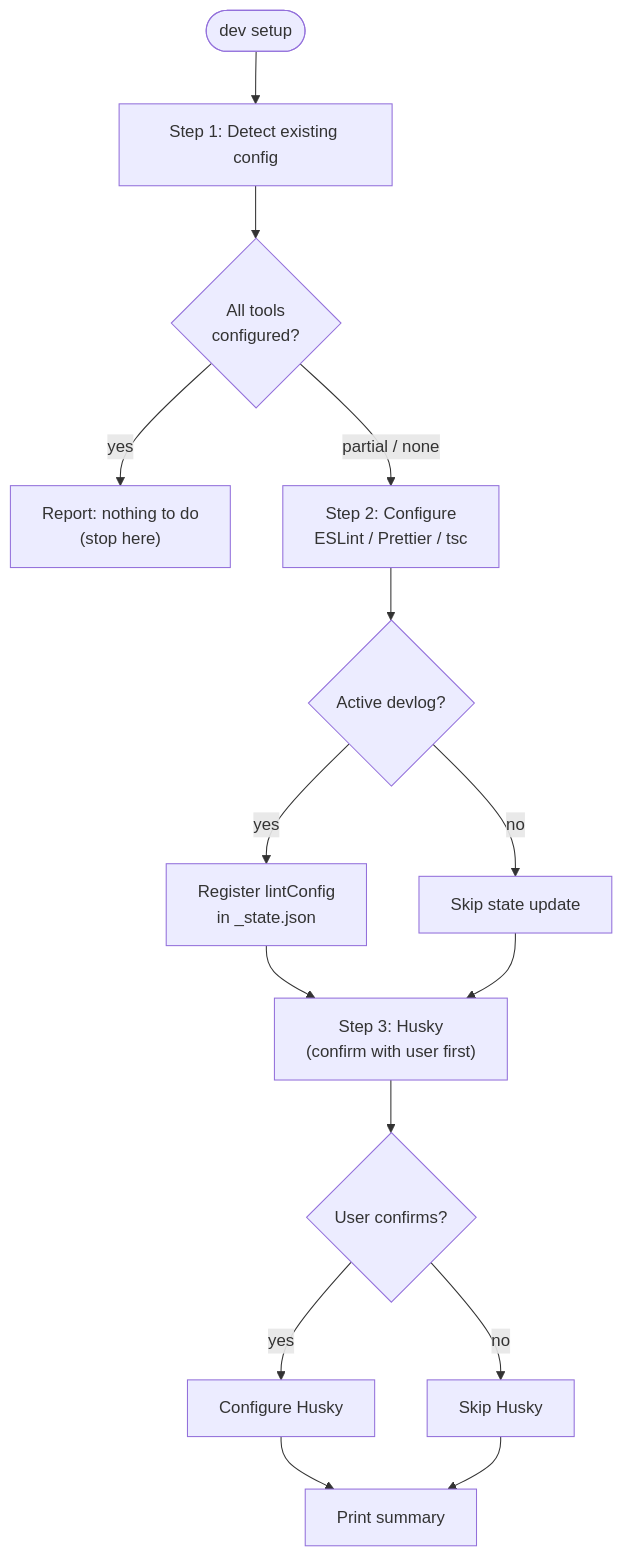
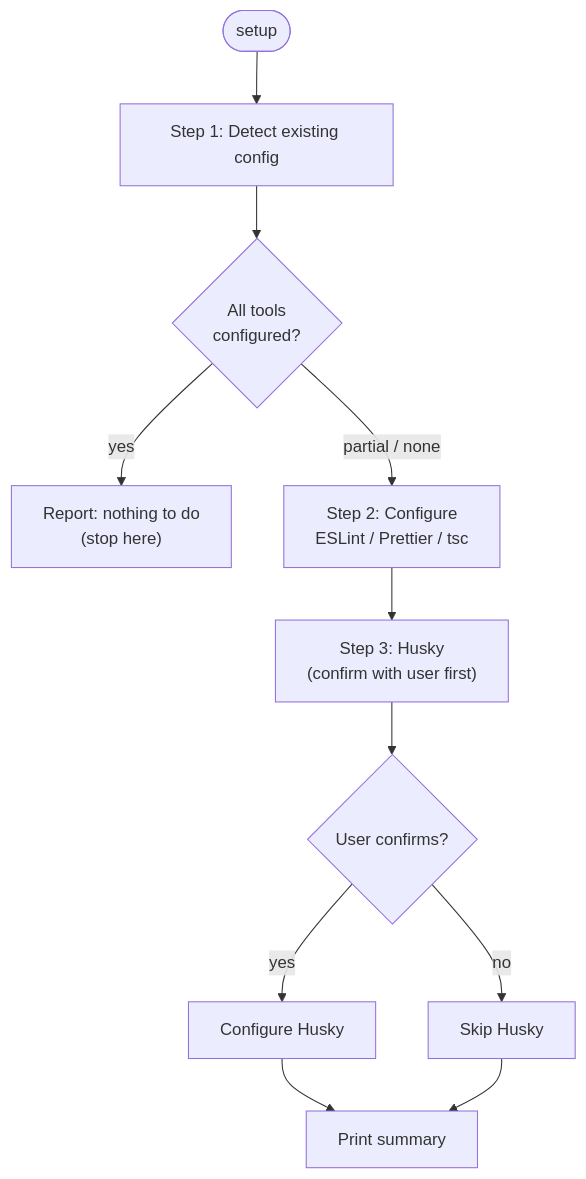
One commit to gloriaJun/grimoire changed the diagram in skills/dev/tools/setup/SKILL.md. Above: the diagram before and after it, drawn with Mermaid. The commit also changed other lines of this file and 5 other files, not shown here.

````diff
--- a/skills/dev/tools/setup/SKILL.md
+++ b/skills/dev/tools/setup/SKILL.md
@@ -30,15 +29,12 @@
 ```mermaid
 flowchart TD
-    A(["dev setup"]) --> B["Step 1: Detect existing config"]
+    A(["setup"]) --> B["Step 1: Detect existing config"]
     B --> C{"All tools\nconfigured?"}
     C -- yes --> D["Report: nothing to do\n(stop here)"]
     C -- partial / none --> E["Step 2: Configure\nESLint / Prettier / tsc"]
-    E --> F{"Active devlog?"}
-    F -- yes --> G["Register lintConfig\nin _state.json"]
-    F -- no --> H["Skip state update"]
-    G & H --> I["Step 3: Husky\n(confirm with user first)"]
+    E --> I["Step 3: Husky\n(confirm with user first)"]
     I --> J{"User confirms?"}
     J -- yes --> K["Configure Husky"]
     J -- no --> L["Skip Husky"]
     K & L --> M["Print summary"]
 ```
````
